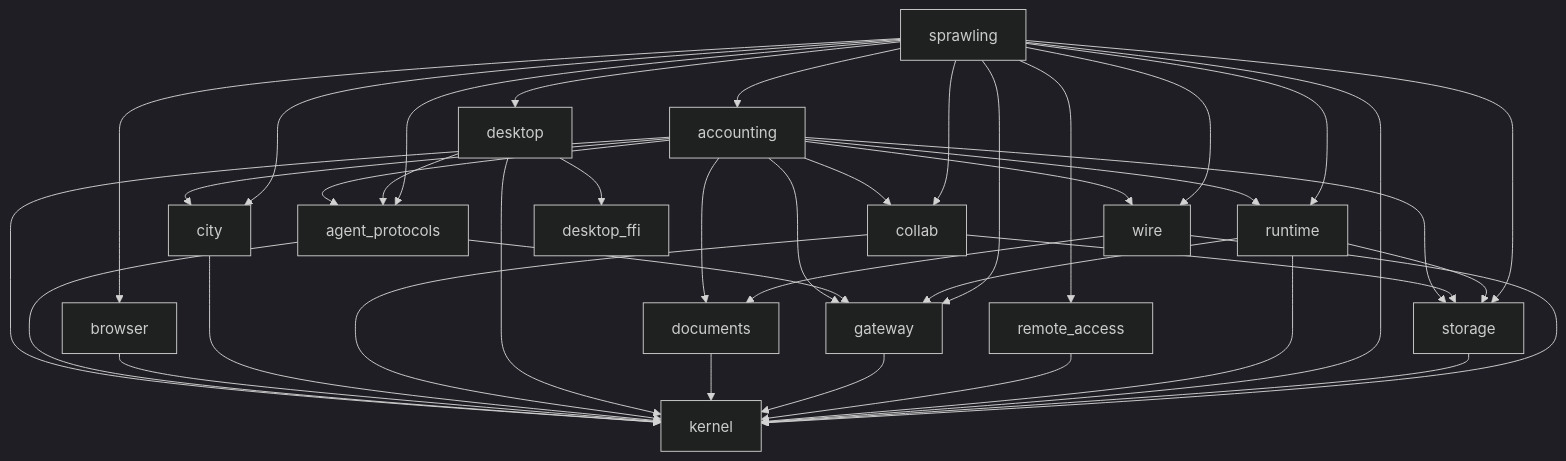
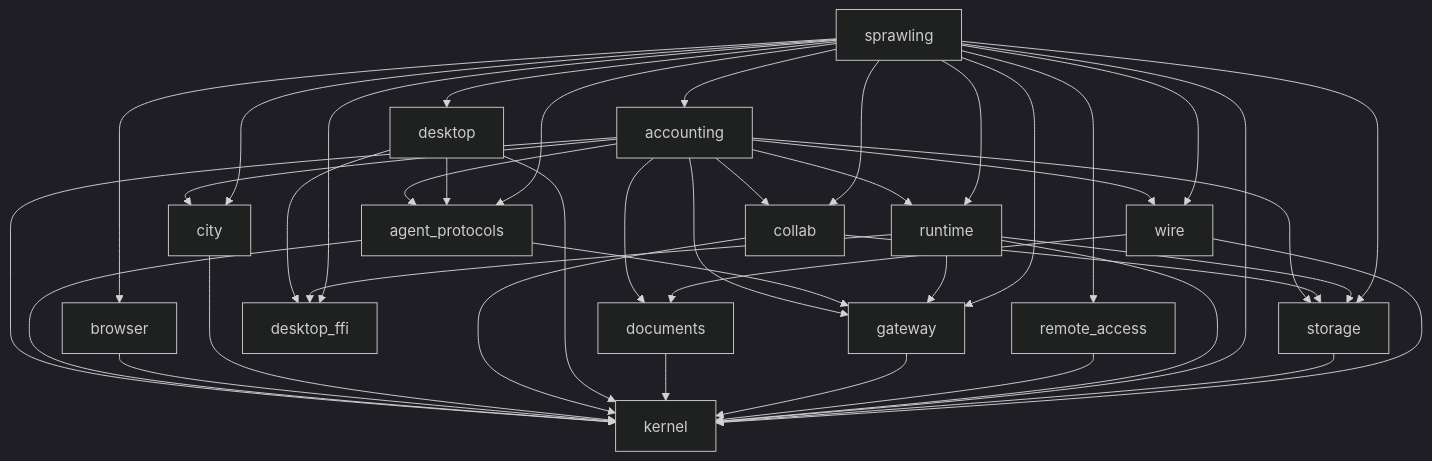
The first of 8 diagrams in ARCHITECTURE.md (2youg1/sprawling-agents), drawn with Mermaid (dark theme) before and after one commit. The commit also changed 9 other files, not shown here.

````diff
--- a/ARCHITECTURE.md
+++ b/ARCHITECTURE.md
@@ -967,44 +967,46 @@
 ```mermaid
 flowchart TD
     accounting --> agent_protocols
     accounting --> city
     accounting --> collab
     accounting --> documents
     accounting --> gateway
     accounting --> kernel
     accounting --> runtime
     accounting --> storage
     accounting --> wire
     agent_protocols --> gateway
     agent_protocols --> kernel
     browser --> kernel
     city --> kernel
     collab --> kernel
     collab --> storage
     desktop --> agent_protocols
     desktop --> desktop_ffi
     desktop --> kernel
     desktop_ffi
     documents --> kernel
     gateway --> kernel
     kernel
     remote_access --> kernel
+    runtime --> desktop_ffi
     runtime --> gateway
     runtime --> kernel
     runtime --> storage
     sprawling --> accounting
     sprawling --> agent_protocols
     sprawling --> browser
     sprawling --> city
     sprawling --> collab
     sprawling --> desktop
+    sprawling --> desktop_ffi
     sprawling --> gateway
     sprawling --> kernel
     sprawling --> remote_access
     sprawling --> runtime
     sprawling --> storage
     sprawling --> wire
     storage --> kernel
     wire --> documents
     wire --> kernel
 ```
````
